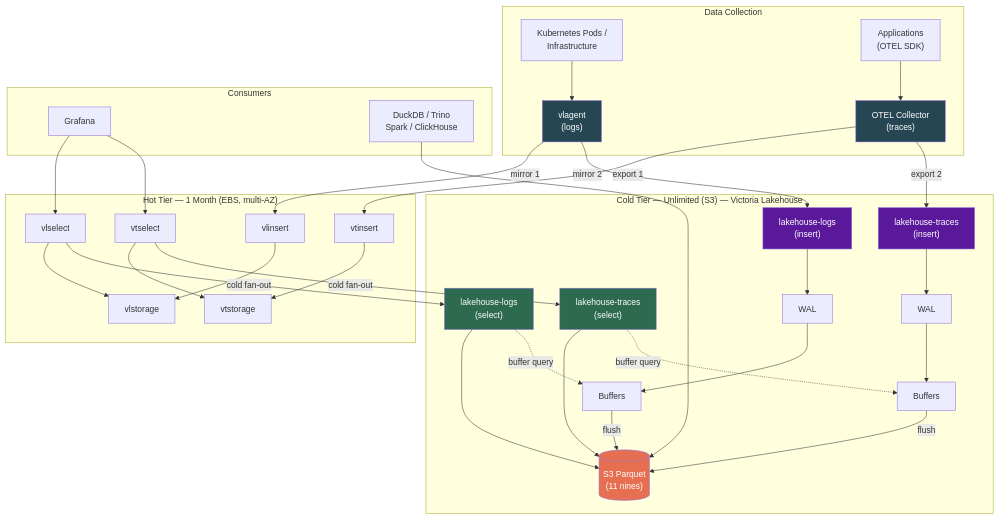
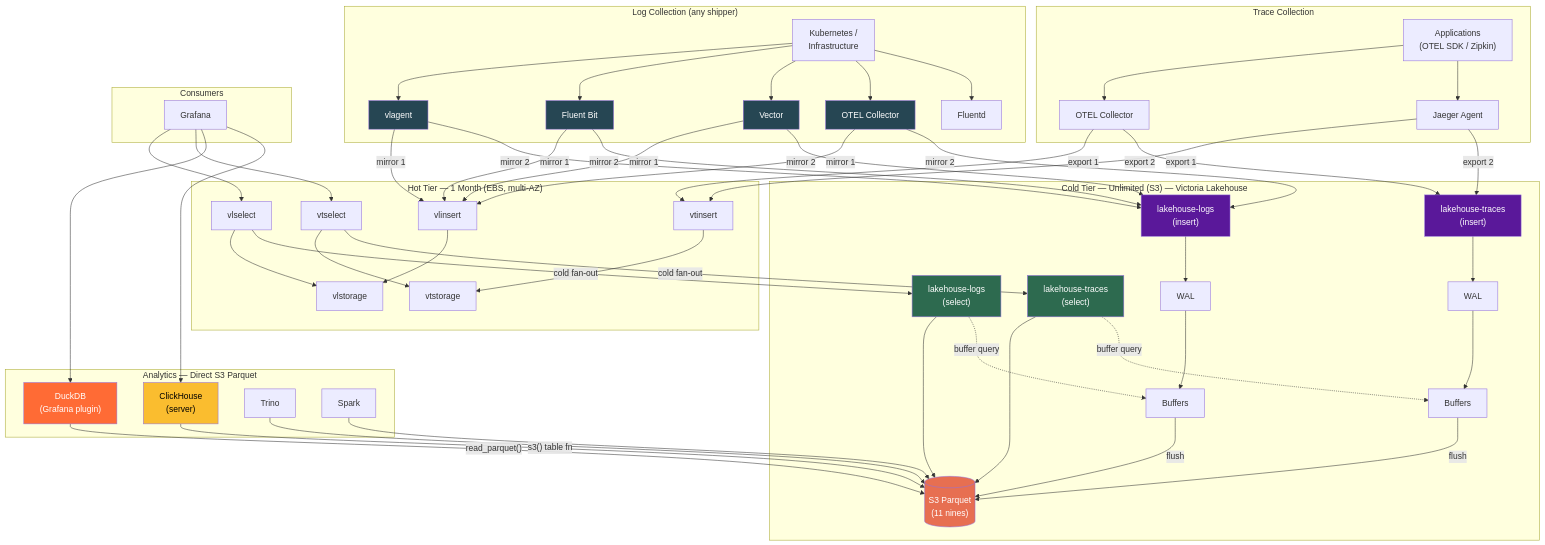
Before and after one commit to ReliablyObserve/victoria-lakehouse: the first of 10 diagrams in README.md, drawn with Mermaid. The commit also changed other lines of this file, not shown here.

First line of the commit message:
docs: comprehensive README update — architecture, schema, security, analytics

````diff
--- a/README.md
+++ b/README.md
@@ -120,51 +120,81 @@
 ```mermaid
 graph TB
-    subgraph "Data Collection"
-        K8S["Kubernetes Pods /<br/>Infrastructure"] --> VA["vlagent<br/>(logs)"]
-        APP["Applications<br/>(OTEL SDK)"] --> OC["OTEL Collector<br/>(traces)"]
+    subgraph "Log Collection (any shipper)"
+        K8S["Kubernetes /<br/>Infrastructure"]
+        K8S --> VA["vlagent"]
+        K8S --> FB["Fluent Bit"]
+        K8S --> VEC["Vector"]
+        K8S --> OC["OTEL Collector"]
+        K8S --> FD["Fluentd"]
+    end
+
+    subgraph "Trace Collection"
+        APP["Applications<br/>(OTEL SDK / Zipkin)"]
+        APP --> OC2["OTEL Collector"]
+        APP --> JA["Jaeger Agent"]
     end
 
     subgraph "Hot Tier — 1 Month (EBS, multi-AZ)"
         VA -->|mirror 1| VLI["vlinsert"]
-        OC -->|export 1| VTI["vtinsert"]
+        FB -->|mirror 1| VLI
+        VEC -->|mirror 1| VLI
+        OC -->|mirror 1| VLI
+        OC2 -->|export 1| VTI["vtinsert"]
+        JA -->|export 1| VTI
         VLI --> VLSTO["vlstorage"]
         VTI --> VTSTO["vtstorage"]
         VLSEL["vlselect"]
         VTSEL["vtselect"]
         VLSEL --> VLSTO
         VTSEL --> VTSTO
     end
 
     subgraph "Cold Tier — Unlimited (S3) — Victoria Lakehouse"
         VA -->|mirror 2| LHL["lakehouse-logs<br/>(insert)"]
-        OC -->|export 2| LHT["lakehouse-traces<br/>(insert)"]
+        FB -->|mirror 2| LHL
+        VEC -->|mirror 2| LHL
+        OC -->|mirror 2| LHL
+        OC2 -->|export 2| LHT["lakehouse-traces<br/>(insert)"]
+        JA -->|export 2| LHT
         LHL --> WAL1["WAL"]
         LHT --> WAL2["WAL"]
         WAL1 --> BUF1["Buffers"]
         WAL2 --> BUF2["Buffers"]
         BUF1 -->|flush| S3[("S3 Parquet<br/>(11 nines)")]
         BUF2 -->|flush| S3
         LHLS["lakehouse-logs<br/>(select)"]
         LHTS["lakehouse-traces<br/>(select)"]
         LHLS --> S3
         LHTS --> S3
         LHLS -.->|buffer query| BUF1
         LHTS -.->|buffer query| BUF2
     end
 
     subgraph "Consumers"
         GF["Grafana"] --> VLSEL
         GF --> VTSEL
         VLSEL -->|cold fan-out| LHLS
         VTSEL -->|cold fan-out| LHTS
-        DDB["DuckDB / Trino<br/>Spark / ClickHouse"] --> S3
+    end
+
+    subgraph "Analytics — Direct S3 Parquet"
+        GF --> DDB["DuckDB<br/>(Grafana plugin)"]
+        GF --> CH["ClickHouse<br/>(server)"]
+        DDB -->|"read_parquet()"| S3
+        CH -->|"s3() table fn"| S3
+        TRI["Trino"] --> S3
+        SPK["Spark"] --> S3
     end
 
     style S3 fill:#e76f51,color:#fff
     style LHL fill:#5a189a,color:#fff
     style LHT fill:#5a189a,color:#fff
     style LHLS fill:#2d6a4f,color:#fff
     style LHTS fill:#2d6a4f,color:#fff
     style VA fill:#264653,color:#fff
+    style FB fill:#264653,color:#fff
+    style VEC fill:#264653,color:#fff
     style OC fill:#264653,color:#fff
+    style DDB fill:#ff6b35,color:#fff
+    style CH fill:#fabd2f,color:#000
 ```
````
